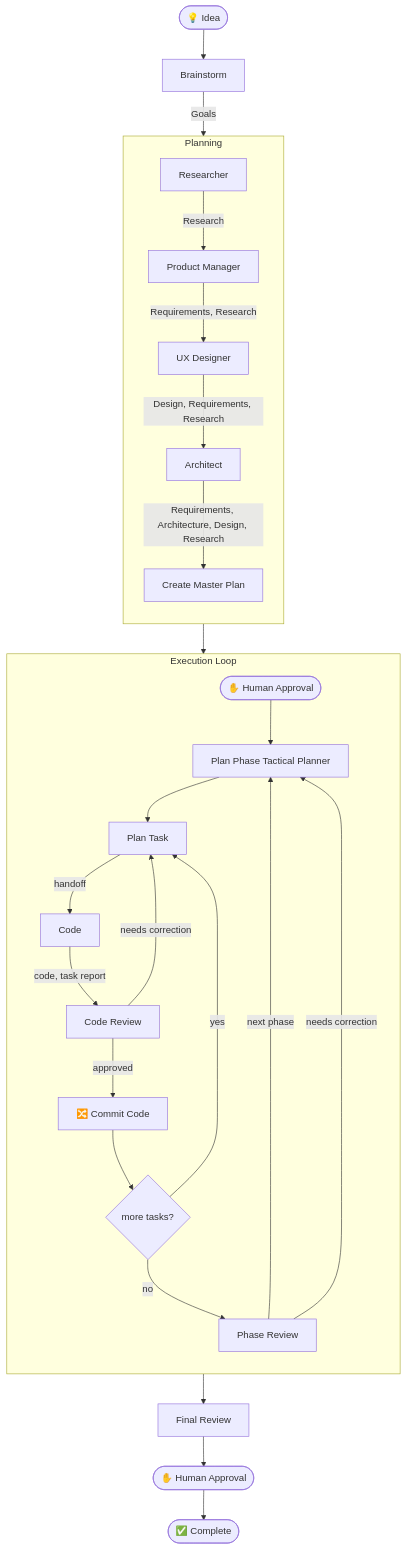
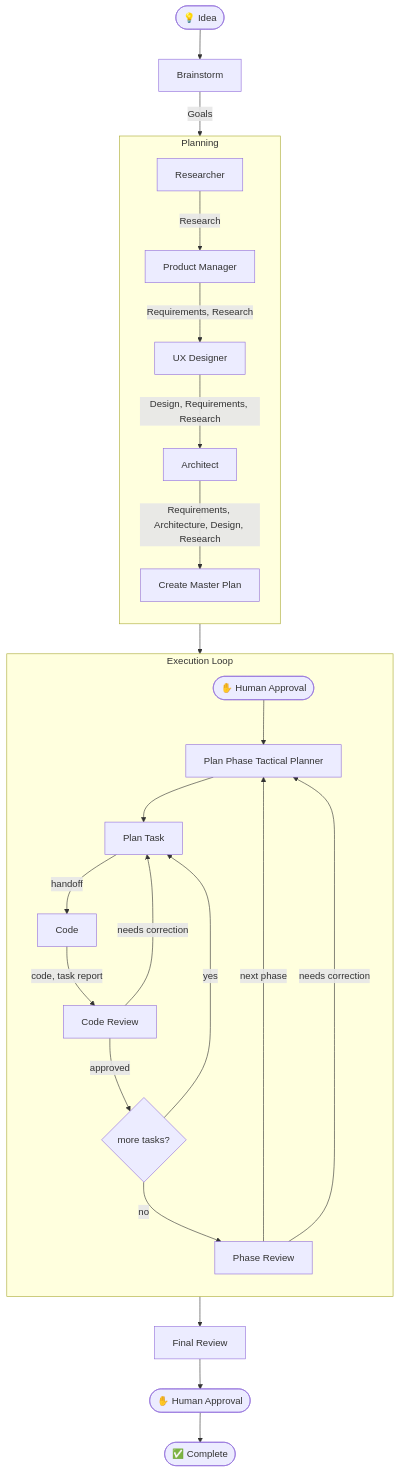
The diagram in README.md (MetalHexx/RadOrchestration), drawn with Mermaid before and after one commit. The commit also changed other lines of this file and 39 other files, not shown here.

````diff
--- a/README.md
+++ b/README.md
@@ -11,34 +11,33 @@
 ```mermaid
 flowchart TD
     START([💡 Idea]) --> BRAINSTORM[Brainstorm]
     BRAINSTORM --> |Goals| RESEARCH
 
     subgraph PLANNING [Planning]
         direction TB
         RESEARCH[Researcher] --> |Research| PRD[Product Manager]
         PRD --> |Requirements, Research| DESIGN[UX Designer]
         DESIGN --> |Design, Requirements, Research| ARCH[Architect]
         ARCH --> |Requirements, Architecture, Design, Research| MASTERPLAN[Create Master Plan]
     end
 
     MASTERPLAN --> GATE1(["✋ Human Approval"])
 
     subgraph EXECUTION [Execution Loop]
         direction TB
         GATE1 --> PHASE[Plan Phase Tactical Planner]
         PHASE --> HANDOFF[Plan Task]
         HANDOFF --> |handoff| CODE[Code]
         CODE --> |code, task report|REVIEW[Code Review]
         REVIEW -->|needs correction | HANDOFF
-        REVIEW -->|approved| COMMIT[🔀 Commit Code]
-        COMMIT --> MORETASKS{more tasks?}
+        REVIEW -->|approved| MORETASKS{more tasks?}
         MORETASKS -->|yes| HANDOFF
         MORETASKS -->|no| PHASEREVIEW[Phase Review]
         PHASEREVIEW -->|next phase| PHASE
         PHASEREVIEW -->|needs correction| PHASE
     end
 
     PHASEREVIEW --> FINAL[Final Review]
     FINAL --> GATE2(["✋ Human Approval"])
     GATE2 --> DONE([✅ Complete])
 ```
````
